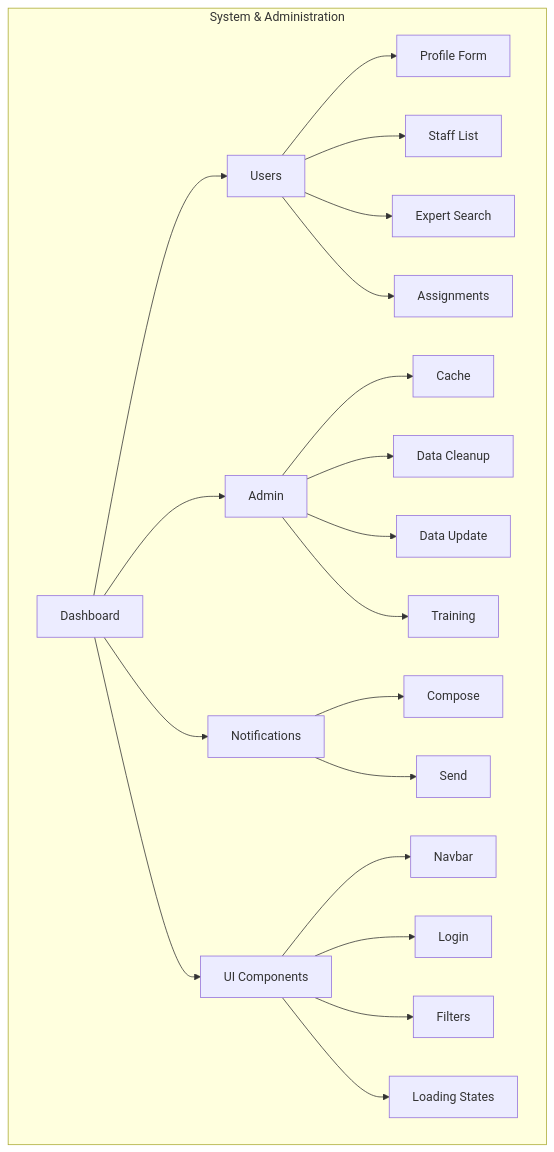
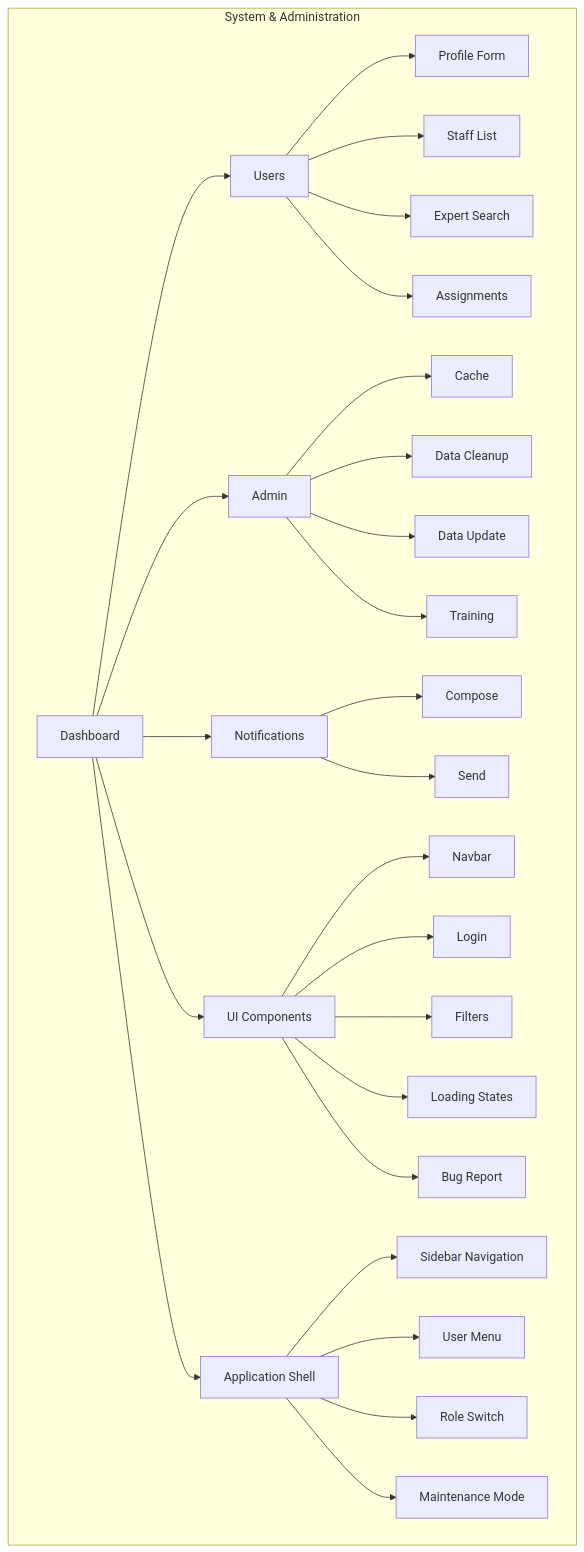
Before and after one commit to RaphaelBossek/BearStudio-start-ui-web: the sixth of 8 diagrams in specs/planning/starlight-documentation.md, drawn with Mermaid. The commit also changed other lines of this file and 41 other files, not shown here.

First line of the commit message:
feat(specs): add comprehensive wireframe plans and application shell analysis

````diff
--- a/specs/planning/starlight-documentation.md
+++ b/specs/planning/starlight-documentation.md
@@ -140,27 +140,34 @@
 ```mermaid
 graph TD
     subgraph System["System & Administration"]
         A[Dashboard] --> B[Users]
         A --> C[Admin]
         A --> D[Notifications]
         A --> E[UI Components]
+        A --> F[Application Shell]
         
-        B --> F[Profile Form]
-        B --> G[Staff List]
-        B --> H[Expert Search]
-        B --> I[Assignments]
+        B --> G[Profile Form]
+        B --> H[Staff List]
+        B --> I[Expert Search]
+        B --> J[Assignments]
         
-        C --> J[Cache]
-        C --> K[Data Cleanup]
-        C --> L[Data Update]
-        C --> M[Training]
+        C --> K[Cache]
+        C --> L[Data Cleanup]
+        C --> M[Data Update]
+        C --> N[Training]
         
-        D --> N[Compose]
-        D --> O[Send]
+        D --> O[Compose]
+        D --> P[Send]
         
-        E --> P[Navbar]
-        E --> Q[Login]
-        E --> R[Filters]
-        E --> S[Loading States]
+        E --> Q[Navbar]
+        E --> R[Login]
+        E --> S[Filters]
+        E --> T[Loading States]
+        E --> U[Bug Report]
+        
+        F --> V[Sidebar Navigation]
+        F --> W[User Menu]
+        F --> X[Role Switch]
+        F --> Y[Maintenance Mode]
     end
 ```
````
